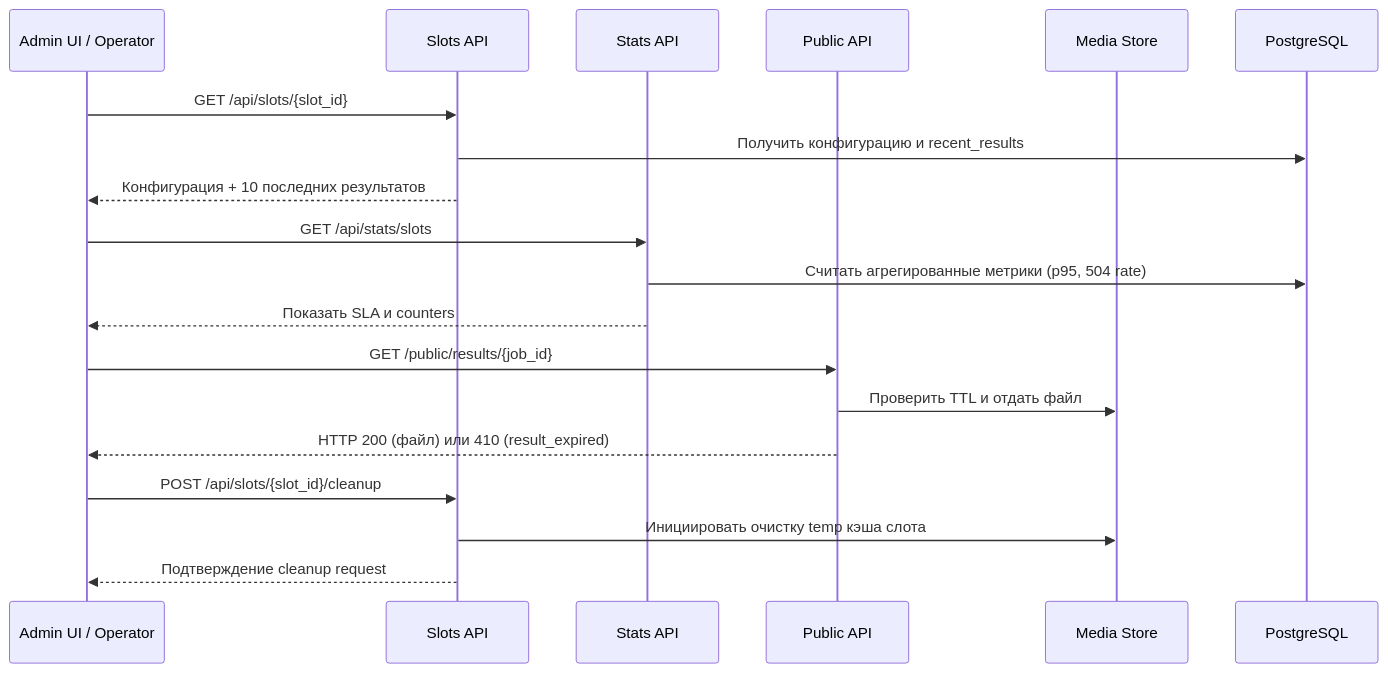
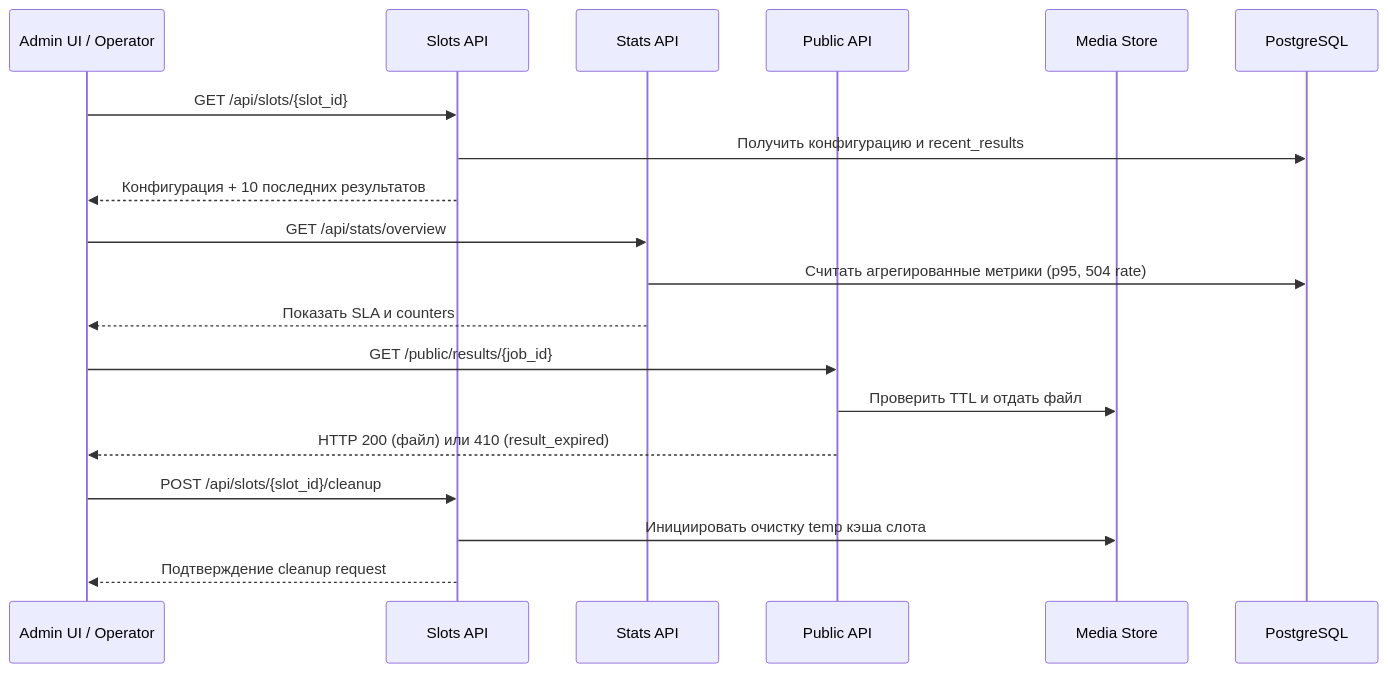
Before and after one commit to nicelight/PhotoChanger_25: the diagram in spec/diagrams/uc6-ops-sequence.mmd, drawn with Mermaid. The commit also changed 11 other files, not shown here.

First line of the commit message:
Add admin API specs and stats overview endpoint

```diff
--- a/spec/diagrams/uc6-ops-sequence.mmd
+++ b/spec/diagrams/uc6-ops-sequence.mmd
@@ -1,23 +1,23 @@
 sequenceDiagram
     participant Admin as Admin UI / Operator
     participant Slots as Slots API
     participant Stats as Stats API
     participant Public as Public API
     participant Media as Media Store
     participant DB as PostgreSQL
 
     Admin->>Slots: GET /api/slots/{slot_id}
     Slots->>DB: Получить конфигурацию и recent_results
     Slots-->>Admin: Конфигурация + 10 последних результатов
 
-    Admin->>Stats: GET /api/stats/slots
+    Admin->>Stats: GET /api/stats/overview
     Stats->>DB: Считать агрегированные метрики (p95, 504 rate)
     Stats-->>Admin: Показать SLA и counters
 
     Admin->>Public: GET /public/results/{job_id}
     Public->>Media: Проверить TTL и отдать файл
     Public-->>Admin: HTTP 200 (файл) или 410 (result_expired)
 
     Admin->>Slots: POST /api/slots/{slot_id}/cleanup
     Slots->>Media: Инициировать очистку temp кэша слота
     Slots-->>Admin: Подтверждение cleanup request
```
